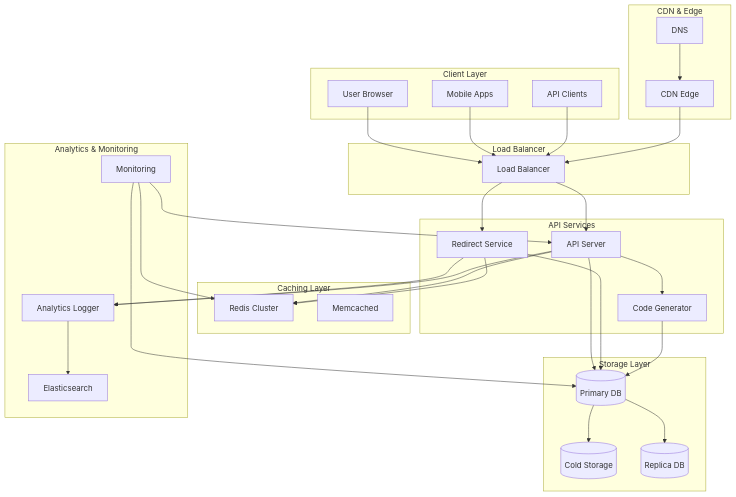
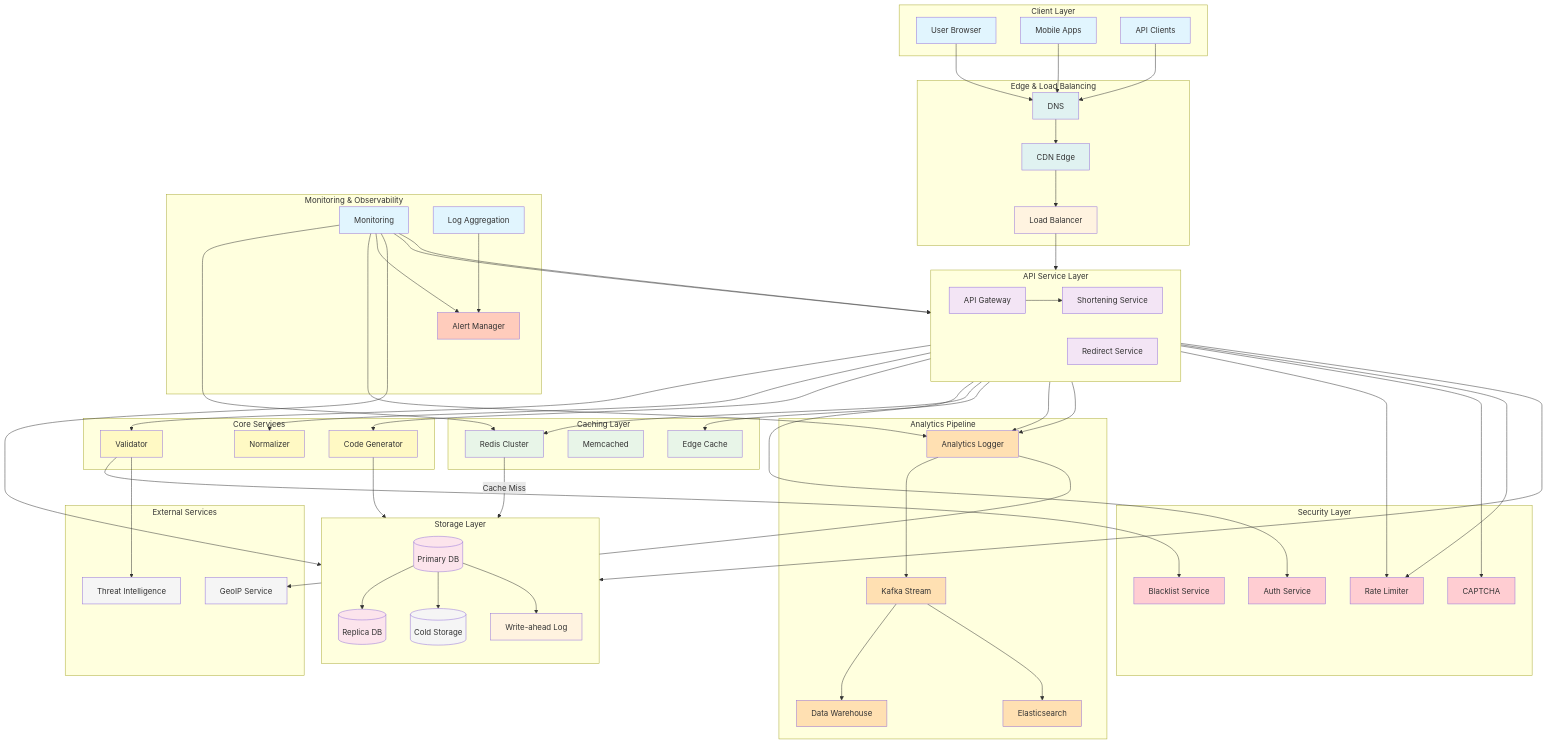
The diagram in URL Shortener System Design.md (romanstetsenko/SystemDesign), drawn with Mermaid before and after one commit. The commit also changed other lines of this file and 1 other file, not shown here.

Commit message:
feat: Enhance URL Shortener architecture diagram with comprehensive structure
- Replaced simple architecture diagram with comprehensive 9-layer system design
- Added detailed component breakdown covering all system layers
- Updated HTML conversion with new structured diagram
- Includes Client/Edge, API Services, Core Logic, Caching, Storage, Analytics, Monitoring, Security, and External Services
- Diagram shows complete request flows: clientedgeAPIservicesstorageanalytics
- File size increased from 11.4KB to 13.8KB with richer content

````diff
--- a/URL Shortener System Design.md
+++ b/URL Shortener System Design.md
@@ -13,70 +12,181 @@
 ```mermaid
 graph TB
+    %% Client Layer - User Interaction Points
     subgraph "Client Layer"
         U[User Browser]
         M[Mobile Apps]
         API[API Clients]
     end
-
-    subgraph "Load Balancer"
+    
+    %% Load Balancing & Edge Layer
+    subgraph "Edge & Load Balancing"
+        DNS[DNS]
+        CDN[CDN Edge]
         LB[Load Balancer]
     end
-
-    subgraph "API Services"
-        AS[API Server]
+    
+    %% API Service Layer
+    subgraph "API Service Layer"
+        direction LR
+        AS[API Gateway]
+        RS[Redirect Service]
+        SS[Shortening Service]
+    end
+    
+    %% Core Business Logic
+    subgraph "Core Services"
         CG[Code Generator]
-        RS[Redirect Service]
+        VD[Validator]
+        NM[Normalizer]
     end
-
+    
+    %% Caching Layer
     subgraph "Caching Layer"
         RC[Redis Cluster]
         MC[Memcached]
+        ECC[Edge Cache]
     end
-
+    
+    %% Storage Layer
     subgraph "Storage Layer"
+        direction TB
         DB[(Primary DB)]
+        RSDB[(Replica DB)]
         CS[(Cold Storage)]
-        RSDB[(Replica DB)]
+        WAL[Write-ahead Log]
     end
-
-    subgraph "Analytics & Monitoring"
+    
+    %% Analytics Pipeline
+    subgraph "Analytics Pipeline"
         AL[Analytics Logger]
+        KF[Kafka Stream]
+        DW[Data Warehouse]
         ES[Elasticsearch]
+    end
+    
+    %% Monitoring & Observability
+    subgraph "Monitoring & Observability"
         MG[Monitoring]
+        ALM[Alert Manager]
+        LOG[Log Aggregation]
     end
-
-    subgraph "CDN & Edge"
-        CDN[CDN Edge]
-        DNS[DNS]
+    
+    %% Security Layer
+    subgraph "Security Layer"
+        BL[Blacklist Service]
+        RL[Rate Limiter]
+        CAP[CAPTCHA]
+        AUTH[Auth Service]
     end
-
-    U --> LB
-    M --> LB
-    API --> LB
-
+    
+    %% External Services
+    subgraph "External Services"
+        THREAT[Threat Intelligence]
+        GEO[GeoIP Service]
+    end
+    
+    %% ==================== FLOWS ====================
+    
+    %% Client to Edge Flow
+    U --> DNS
+    M --> DNS
+    API --> DNS
+    
+    DNS --> CDN
+    CDN --> LB
+    
+    %% API Request Flow
     LB --> AS
-    LB --> RS
-
-    AS --> CG
-    AS --> DB
-    AS --> RC
-
+    
+    %% Shortening Flow (Write Path)
+    AS --> SS
+    SS --> VD
+    SS --> NM
+    SS --> CG
+    SS --> AUTH
+    
+    VD --> BL
+    VD --> THREAT
+    
+    CG --> DB
+    SS --> DB
+    
+    %% Redirect Flow (Read Path)
     RS --> RC
-    RS --> DB
-
-    CG --> DB
-
-    DB --> RSDB
-    DB --> CS
-
+    RC -->|Cache Miss| DB
+    RS --> ECC
+    
+    %% Analytics Flow
     RS --> AL
-    AS --> AL
-
-    AL --> ES
+    SS --> AL
+    AL --> KF
+    KF --> DW
+    KF --> ES
+    
+    %% Monitoring Flow
     MG --> DB
     MG --> RC
     MG --> AS
-
-    DNS --> CDN
-    CDN --> LB
+    MG --> RS
+    MG --> AL
+    
+    %% Security Flow
+    SS --> RL
+    SS --> CAP
+    RS --> RL
+    
+    %% Storage Replication
+    DB --> RSDB
+    DB --> CS
+    DB --> WAL
+    
+    %% Geo Enrichment
+    AL --> GEO
+    
+    %% Alerting
+    MG --> ALM
+    LOG --> ALM
+    
+    %% Styling for visual clarity
+    style U fill:#e1f5fe
+    style M fill:#e1f5fe
+    style API fill:#e1f5fe
+    
+    style DNS fill:#e0f2f1
+    style CDN fill:#e0f2f1
+    style LB fill:#fff3e0
+    
+    style AS fill:#f3e5f5
+    style RS fill:#f3e5f5
+    style SS fill:#f3e5f5
+    
+    style CG fill:#fff9c4
+    style VD fill:#fff9c4
+    style NM fill:#fff9c4
+    
+    style RC fill:#e8f5e8
+    style MC fill:#e8f5e8
+    style ECC fill:#e8f5e8
+    
+    style DB fill:#fce4ec
+    style RSDB fill:#fce4ec
+    style CS fill:#f5f5f5
+    style WAL fill:#fff3e0
+    
+    style AL fill:#ffe0b2
+    style KF fill:#ffe0b2
+    style DW fill:#ffe0b2
+    style ES fill:#ffe0b2
+    
+    style MG fill:#e1f5fe
+    style ALM fill:#ffccbc
+    style LOG fill:#e1f5fe
+    
+    style BL fill:#ffcdd2
+    style RL fill:#ffcdd2
+    style CAP fill:#ffcdd2
+    style AUTH fill:#ffcdd2
+    
+    style THREAT fill:#f5f5f5
+    style GEO fill:#f5f5f5
 ```
````
